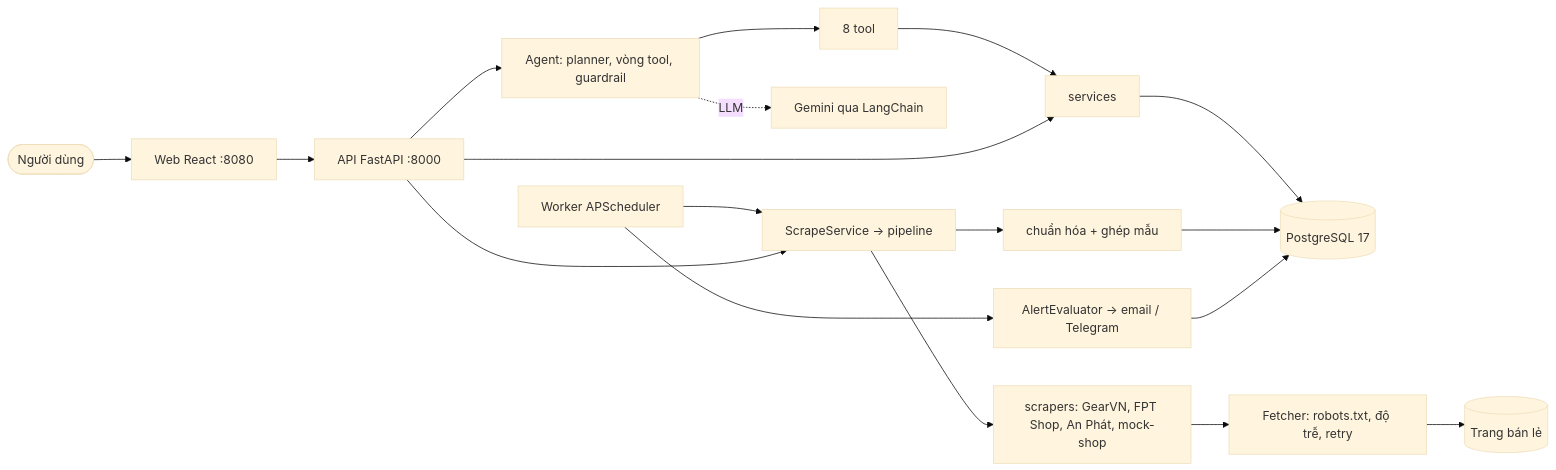
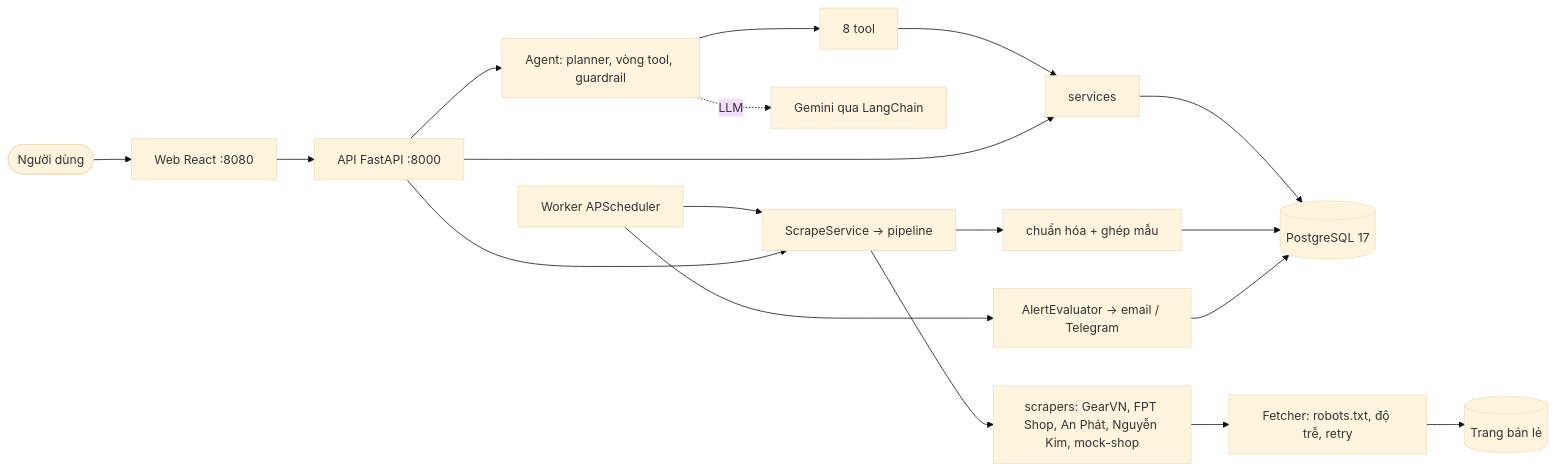
The diagram in README.md (VUTIENTHANG2k4/product-buyer-agent), drawn with Mermaid (base theme) before and after one commit. The commit also changed other lines of this file and 61 other files, not shown here.

````diff
--- a/README.md
+++ b/README.md
@@ -54,20 +83,20 @@
 ```mermaid
 flowchart LR
   user([Người dùng]) --> web["Web React :8080"]
   web --> api["API FastAPI :8000"]
   api --> agent["Agent: planner, vòng tool, guardrail"]
   agent --> tools["8 tool"]
   tools --> svc["services"]
   api --> svc
   svc --> db[("PostgreSQL 17")]
   agent -. LLM .-> llm["Gemini qua LangChain"]
   worker["Worker APScheduler"] --> scrape["ScrapeService → pipeline"]
   api --> scrape
   scrape --> norm["chuẩn hóa + ghép mẫu"]
-  scrape --> sites["scrapers: GearVN, FPT Shop, An Phát, mock-shop"]
+  scrape --> sites["scrapers: GearVN, FPT Shop, An Phát, Nguyễn Kim, mock-shop"]
   sites --> fetcher["Fetcher: robots.txt, độ trễ, retry"]
   fetcher --> shops[("Trang bán lẻ")]
   norm --> db
   worker --> alerts["AlertEvaluator → email / Telegram"]
   alerts --> db
 ```
````
